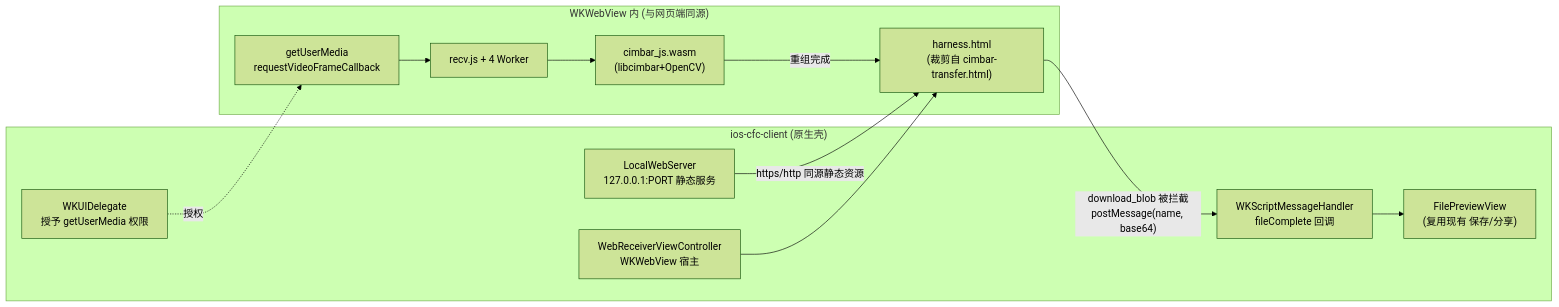
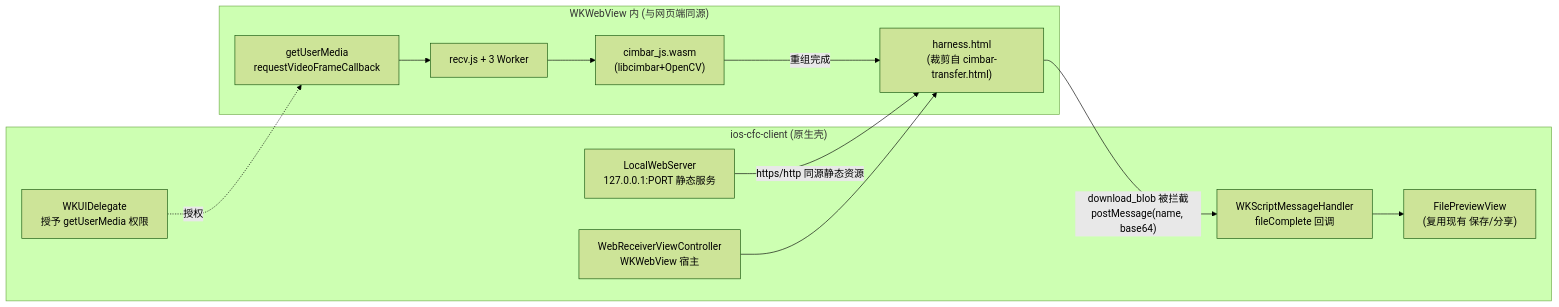
Before and after one commit to zxq1002/AirScan-QR: the diagram in ios-cfc-client/WASM-REUSE-FEASIBILITY.md, drawn with Mermaid (forest theme). The commit also changed other lines of this file and 5 other files, not shown here.

````diff
--- a/ios-cfc-client/WASM-REUSE-FEASIBILITY.md
+++ b/ios-cfc-client/WASM-REUSE-FEASIBILITY.md
@@ -55,23 +57,23 @@
 ```mermaid
 flowchart LR
     subgraph Native["ios-cfc-client (原生壳)"]
         VC["WebReceiverViewController<br/>WKWebView 宿主"]
         SRV["LocalWebServer<br/>127.0.0.1:PORT 静态服务"]
         PERM["WKUIDelegate<br/>授予 getUserMedia 权限"]
         MSG["WKScriptMessageHandler<br/>fileComplete 回调"]
         PREV["FilePreviewView<br/>(复用现有 保存/分享)"]
     end
     subgraph Web["WKWebView 内 (与网页端同源)"]
         H["harness.html<br/>(裁剪自 cimbar-transfer.html)"]
-        R["recv.js + 4 Worker"]
+        R["recv.js + 3 Worker"]
         W["cimbar_js.wasm<br/>(libcimbar+OpenCV)"]
         CAM["getUserMedia<br/>requestVideoFrameCallback"]
     end
     SRV -- "https/http 同源静态资源" --> H
     VC --> H
     CAM --> R --> W
     W -- "重组完成" --> H
     H -- "download_blob 被拦截<br/>postMessage(name, base64)" --> MSG
     PERM -. 授权 .-> CAM
     MSG --> PREV
 ```
````
